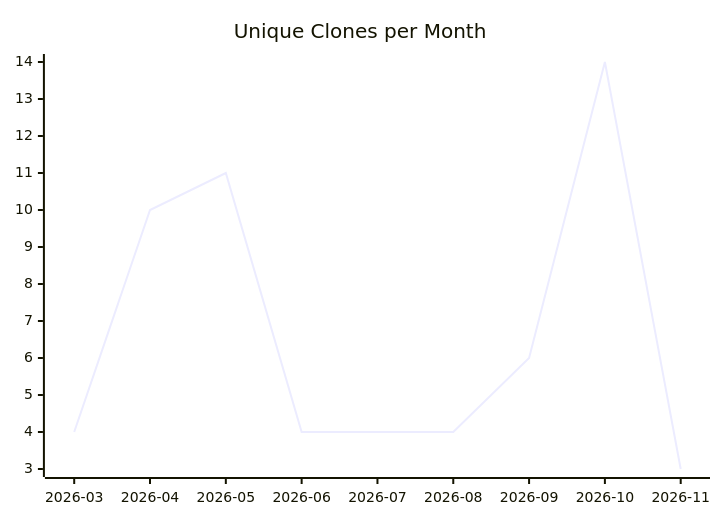
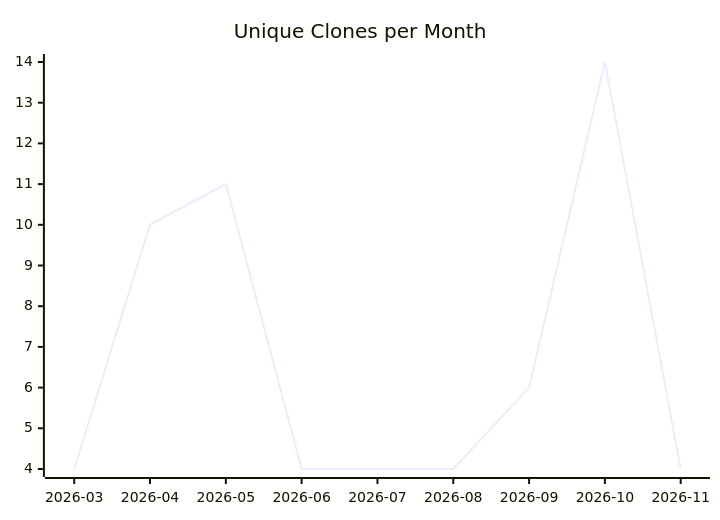
The third of 3 diagrams in karlmdavis/workstation-base-ansible-role/README.md (justdavis-family/github-analytics-data), drawn with Mermaid before and after one commit. The commit also changed other lines of this file and 196 other files, not shown here.

````diff
--- a/karlmdavis/workstation-base-ansible-role/README.md
+++ b/karlmdavis/workstation-base-ansible-role/README.md
@@ -19,6 +19,6 @@
 ```mermaid
 xychart-beta
   title "Unique Clones per Month"
   x-axis ["2026-03", "2026-04", "2026-05", "2026-06", "2026-07", "2026-08", "2026-09", "2026-10", "2026-11"]
-  line [4, 10, 11, 4, 4, 4, 6, 14, 3]
+  line [4, 10, 11, 4, 4, 4, 6, 14, 4]
 ```
````
